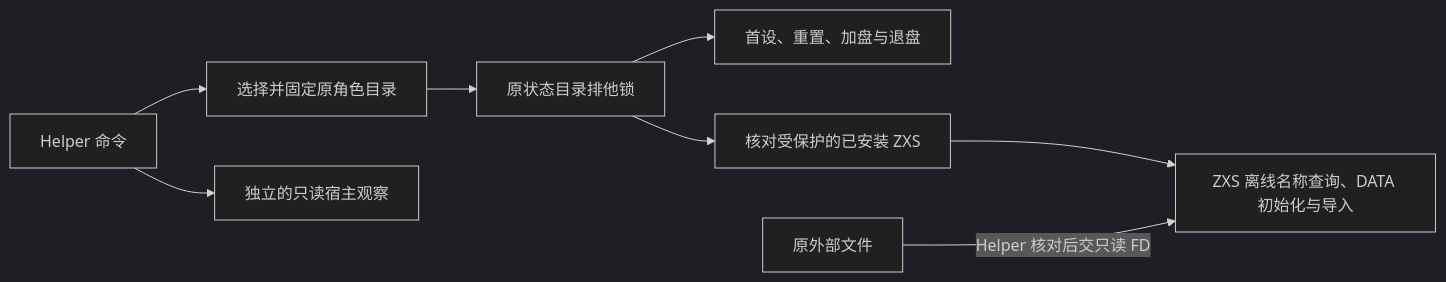
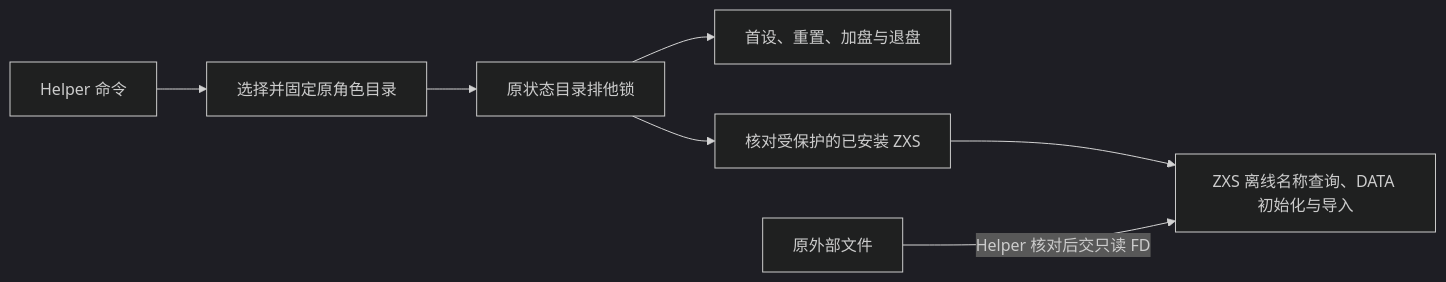
The diagram in helper/ARCHITECTURE.md (isarmg/zxs), drawn with Mermaid (dark theme) before and after one commit. The commit also changed other lines of this file and 31 other files, not shown here.

````diff
--- a/helper/ARCHITECTURE.md
+++ b/helper/ARCHITECTURE.md
@@ -8,10 +8,9 @@
 ```mermaid
 flowchart LR
   A[Helper 命令] --> B[选择并固定原角色目录]
   B --> C[原状态目录排他锁]
   C --> D[首设、重置、加盘与退盘]
   C --> E[核对受保护的已安装 ZXS]
   E --> F[ZXS 离线名称查询、DATA 初始化与导入]
   G[原外部文件] -->|Helper 核对后交只读 FD| F
-  A --> H[独立的只读宿主观察]
 ```
````
